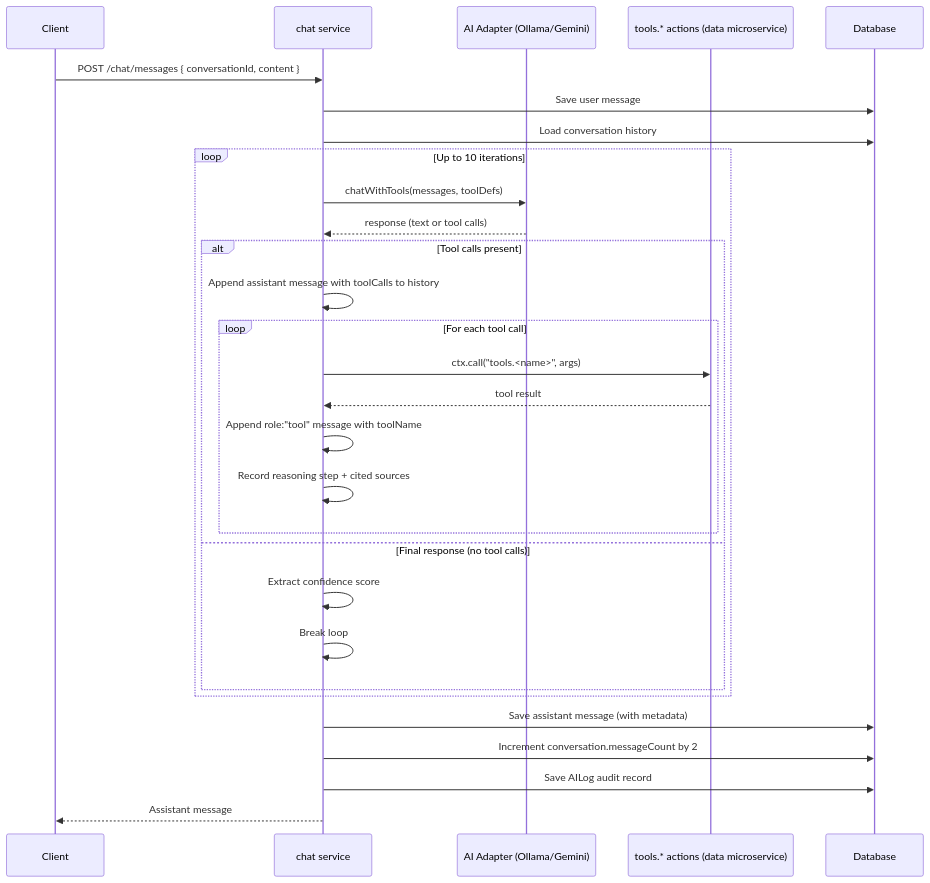
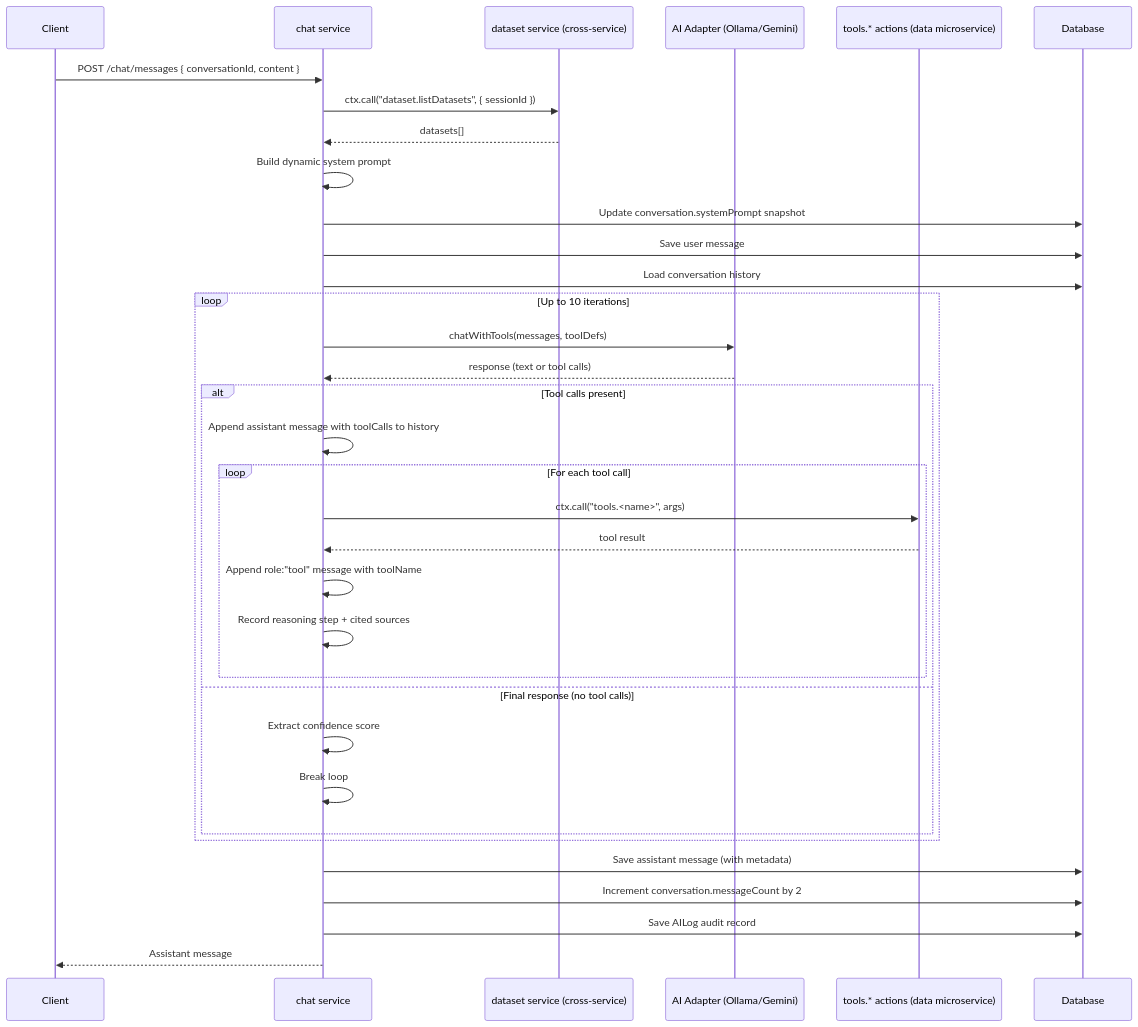
One commit to hinora/data-analysis changed the second of 4 diagrams in docs/domain-knowledge/chat-system.md. Above: the diagram before and after it, drawn with Mermaid. The commit also changed other lines of this file and 14 other files, not shown here.

````diff
--- a/docs/domain-knowledge/chat-system.md
+++ b/docs/domain-knowledge/chat-system.md
@@ -75,35 +84,40 @@
 ```mermaid
 sequenceDiagram
     participant Client
     participant ChatSvc as chat service
+    participant DatasetSvc as dataset service (cross-service)
     participant AI as AI Adapter (Ollama/Gemini)
     participant Tools as tools.* actions (data microservice)
     participant DB as Database
 
     Client->>ChatSvc: POST /chat/messages { conversationId, content }
+    ChatSvc->>DatasetSvc: ctx.call("dataset.listDatasets", { sessionId })
+    DatasetSvc-->>ChatSvc: datasets[]
+    ChatSvc->>ChatSvc: Build dynamic system prompt
+    ChatSvc->>DB: Update conversation.systemPrompt snapshot
     ChatSvc->>DB: Save user message
     ChatSvc->>DB: Load conversation history
     
     loop Up to 10 iterations
         ChatSvc->>AI: chatWithTools(messages, toolDefs)
         AI-->>ChatSvc: response (text or tool calls)
         
         alt Tool calls present
             ChatSvc->>ChatSvc: Append assistant message with toolCalls to history
             loop For each tool call
                 ChatSvc->>Tools: ctx.call("tools.<name>", args)
                 Tools-->>ChatSvc: tool result
                 ChatSvc->>ChatSvc: Append role:"tool" message with toolName
                 ChatSvc->>ChatSvc: Record reasoning step + cited sources
             end
         else Final response (no tool calls)
             ChatSvc->>ChatSvc: Extract confidence score
             ChatSvc->>ChatSvc: Break loop
         end
     end
 
     ChatSvc->>DB: Save assistant message (with metadata)
     ChatSvc->>DB: Increment conversation.messageCount by 2
     ChatSvc->>DB: Save AILog audit record
     ChatSvc-->>Client: Assistant message
 ```
````
